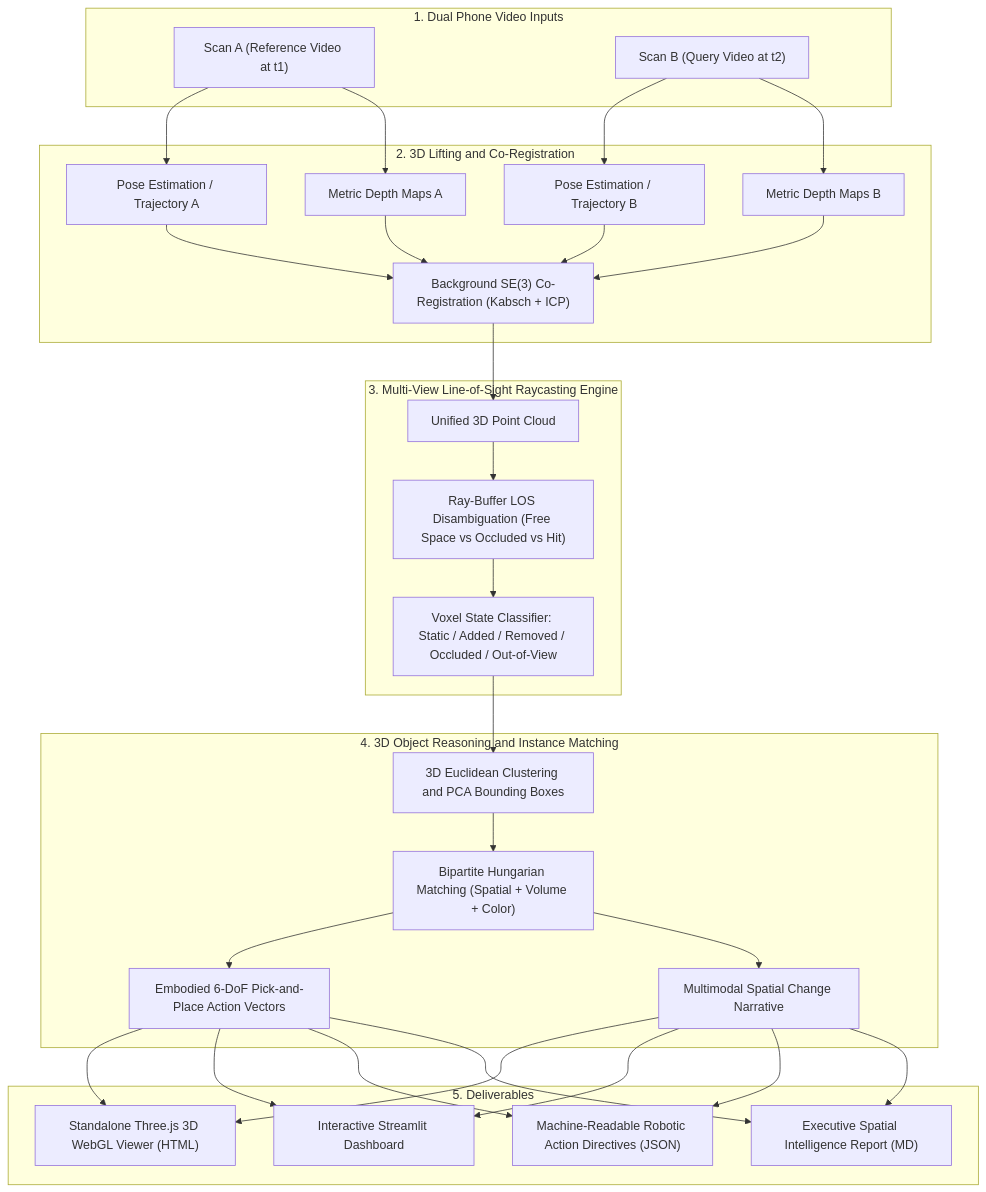
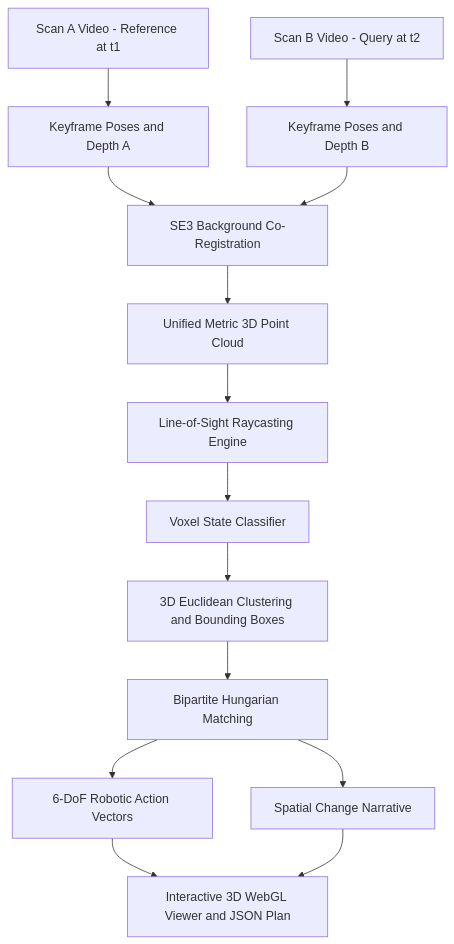
One commit to dylanlim27/humanoid-project changed the diagram in README.md. Above: the diagram before and after it, drawn with Mermaid. The commit also changed other lines of this file, not shown here.

Commit message:
fix: Simplify Mermaid diagram and math notation to ensure universal rendering

````diff
--- a/README.md
+++ b/README.md
@@ -45,45 +45,16 @@
 ```mermaid
 flowchart TD
-    subgraph Inputs["1. Dual Phone Video Inputs"]
-        VA["Scan A (Reference Video at t1)"]
-        VB["Scan B (Query Video at t2)"]
-    end
-
-    subgraph Lifting["2. 3D Lifting and Co-Registration"]
-        PoseA["Pose Estimation / Trajectory A"]
-        PoseB["Pose Estimation / Trajectory B"]
-        DepthA["Metric Depth Maps A"]
-        DepthB["Metric Depth Maps B"]
-        Reg["Background SE(3) Co-Registration (Kabsch + ICP)"]
-    end
-
-    VA --> PoseA & DepthA
-    VB --> PoseB & DepthB
-    PoseA & PoseB & DepthA & DepthB --> Reg
-
-    subgraph Raycast["3. Multi-View Line-of-Sight Raycasting Engine"]
-        SharedPCD["Unified 3D Point Cloud"]
-        LOS["Ray-Buffer LOS Disambiguation (Free Space vs Occluded vs Hit)"]
-        Classify["Voxel State Classifier: Static / Added / Removed / Occluded / Out-of-View"]
-    end
-
-    Reg --> SharedPCD --> LOS --> Classify
-
-    subgraph Reasoning["4. 3D Object Reasoning and Instance Matching"]
-        Clustering["3D Euclidean Clustering and PCA Bounding Boxes"]
-        Hungarian["Bipartite Hungarian Matching (Spatial + Volume + Color)"]
-        RoboAction["Embodied 6-DoF Pick-and-Place Action Vectors"]
-        VLMNarrative["Multimodal Spatial Change Narrative"]
-    end
-
-    Classify --> Clustering --> Hungarian --> RoboAction & VLMNarrative
-
-    subgraph Deliverables["5. Deliverables"]
-        Web3D["Standalone Three.js 3D WebGL Viewer (HTML)"]
-        StreamlitUI["Interactive Streamlit Dashboard"]
-        JSONPlan["Machine-Readable Robotic Action Directives (JSON)"]
-        MDReport["Executive Spatial Intelligence Report (MD)"]
-    end
-
-    RoboAction & VLMNarrative --> Web3D & StreamlitUI & JSONPlan & MDReport
+    ScanA[Scan A Video - Reference at t1] --> FeatA[Keyframe Poses and Depth A]
+    ScanB[Scan B Video - Query at t2] --> FeatB[Keyframe Poses and Depth B]
+    FeatA --> Align[SE3 Background Co-Registration]
+    FeatB --> Align
+    Align --> PointCloud[Unified Metric 3D Point Cloud]
+    PointCloud --> Raycast[Line-of-Sight Raycasting Engine]
+    Raycast --> Classify[Voxel State Classifier]
+    Classify --> Clusters[3D Euclidean Clustering and Bounding Boxes]
+    Clusters --> Matcher[Bipartite Hungarian Matching]
+    Matcher --> Action[6-DoF Robotic Action Vectors]
+    Matcher --> Report[Spatial Change Narrative]
+    Action --> Deliverables[Interactive 3D WebGL Viewer and JSON Plan]
+    Report --> Deliverables
 ```
````
